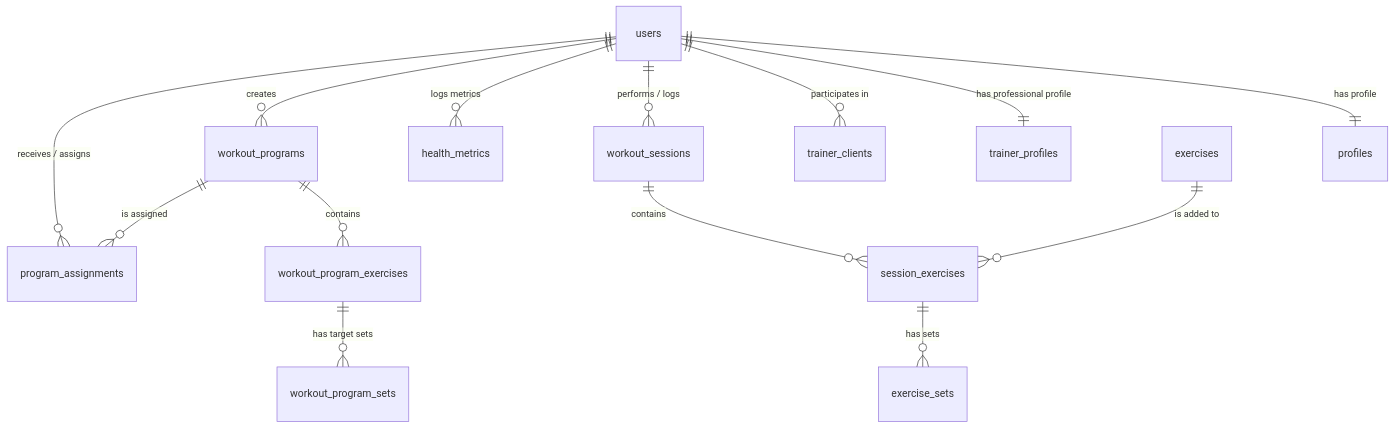
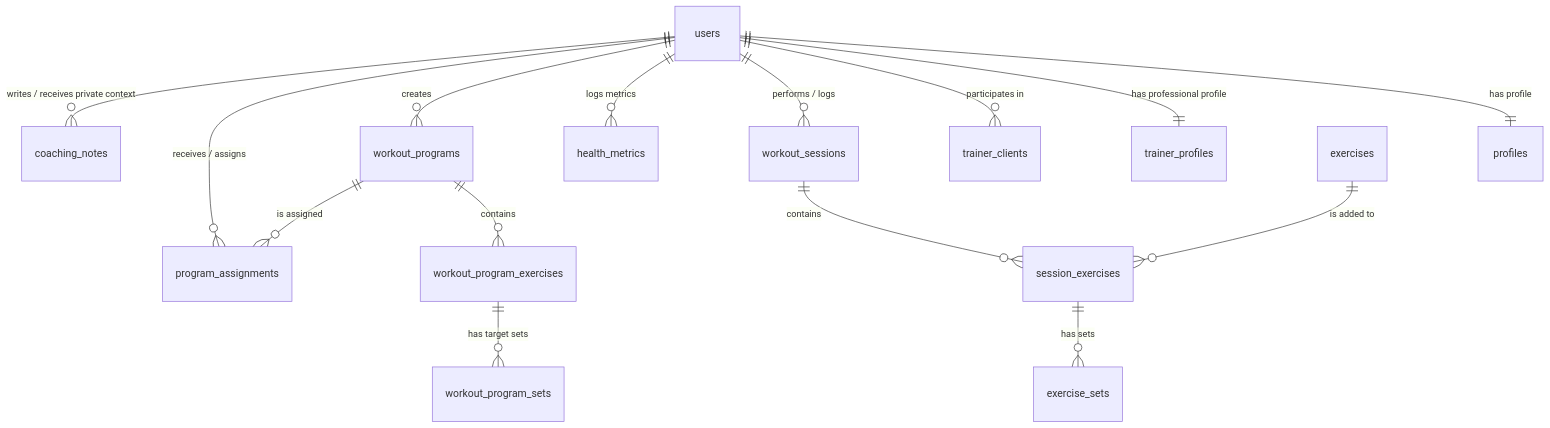
The diagram in README.md (austinroy/kyber-fitness), drawn with Mermaid before and after one commit. The commit also changed other lines of this file and 6 other files, not shown here.

Commit message:
Add trainer coaching notes

````diff
--- a/README.md
+++ b/README.md
@@ -51,16 +52,17 @@
 ```mermaid
 erDiagram
     users ||--|| profiles : "has profile"
     users ||--|| trainer_profiles : "has professional profile"
     users ||--o{ trainer_clients : "participates in"
     users ||--o{ workout_sessions : "performs / logs"
     users ||--o{ health_metrics : "logs metrics"
     users ||--o{ workout_programs : "creates"
     users ||--o{ program_assignments : "receives / assigns"
+    users ||--o{ coaching_notes : "writes / receives private context"
     workout_sessions ||--o{ session_exercises : "contains"
     exercises ||--o{ session_exercises : "is added to"
     session_exercises ||--o{ exercise_sets : "has sets"
     workout_programs ||--o{ workout_program_exercises : "contains"
     workout_programs ||--o{ program_assignments : "is assigned"
     workout_program_exercises ||--o{ workout_program_sets : "has target sets"
 ```
````
